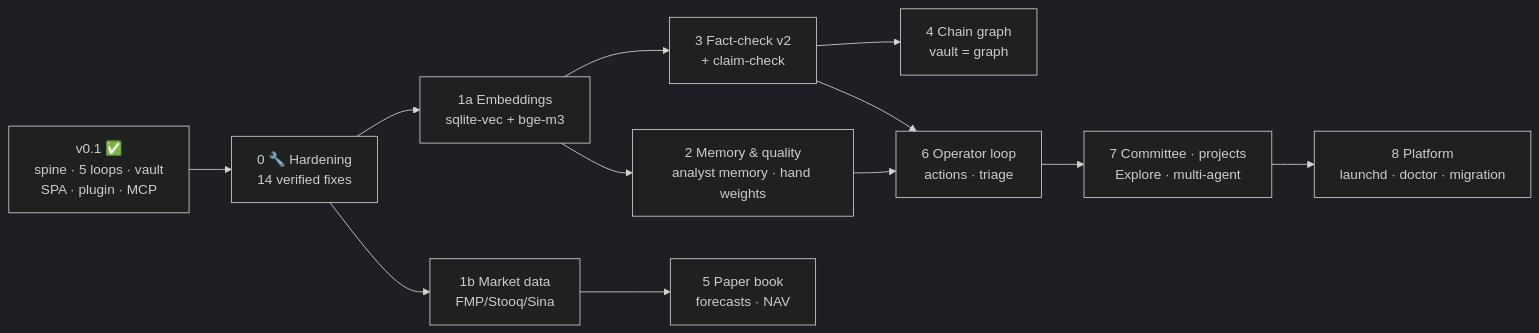
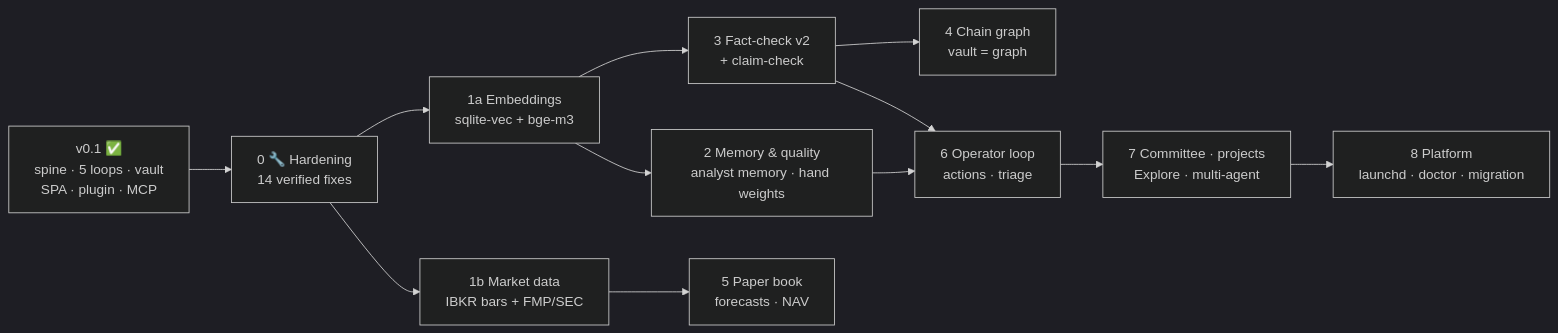
Before and after one commit to dmquant/institute-one: the diagram in README.md, drawn with Mermaid (dark theme). The commit also changed other lines of this file and 54 other files, not shown here.

````diff
--- a/README.md
+++ b/README.md
@@ -154,19 +158,19 @@
 ```mermaid
 flowchart LR
     V01["v0.1 ✅<br/>spine · 5 loops · vault<br/>SPA · plugin · MCP"]
     P0["0 🔧 Hardening<br/>14 verified fixes"]
     P1A["1a Embeddings<br/>sqlite-vec + bge-m3"]
-    P1B["1b Market data<br/>FMP/Stooq/Sina"]
+    P1B["1b Market data<br/>IBKR bars + FMP/SEC"]
     P2["2 Memory & quality<br/>analyst memory · hand weights"]
     P3["3 Fact-check v2<br/>+ claim-check"]
     P4["4 Chain graph<br/>vault = graph"]
     P5["5 Paper book<br/>forecasts · NAV"]
     P6["6 Operator loop<br/>actions · triage"]
     P7["7 Committee · projects<br/>Explore · multi-agent"]
     P8["8 Platform<br/>launchd · doctor · migration"]
     V01 --> P0 --> P1A & P1B
     P1A --> P2 & P3
     P3 --> P4
     P1B --> P5
     P2 & P3 --> P6 --> P7 --> P8
 ```
````
